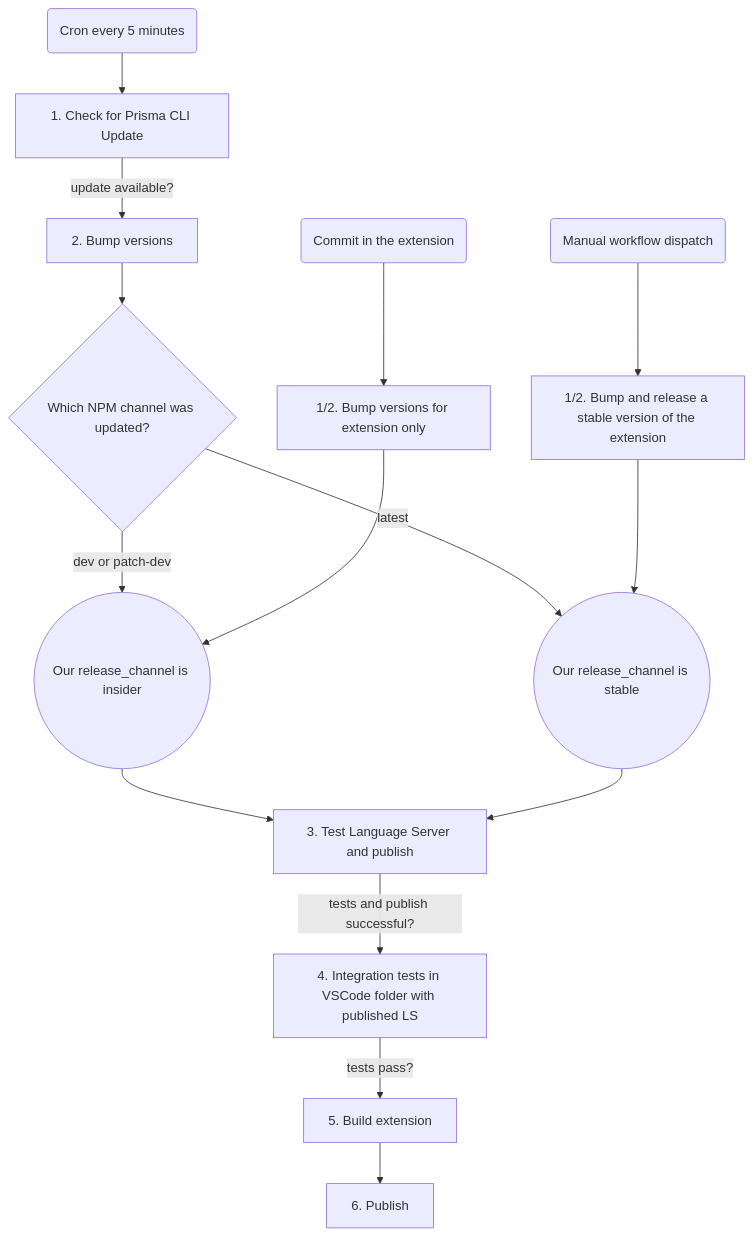
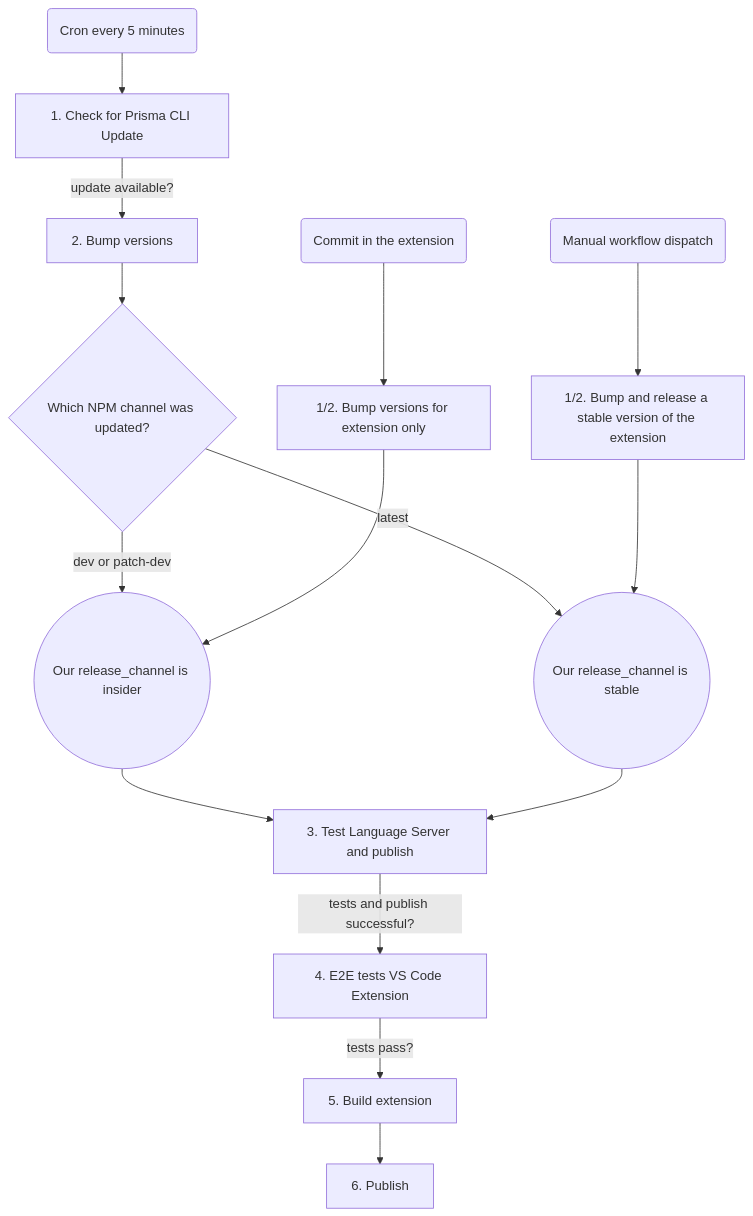
Before and after one commit to prisma/language-tools: the diagram in docs/ci-cd.md, drawn with Mermaid. The commit also changed 1 other file, not shown here.

Commit message:
ci: fix workflow name

````diff
--- a/docs/ci-cd.md
+++ b/docs/ci-cd.md
@@ -15,18 +15,18 @@
 ```mermaid
 graph TD
     A(Cron every 5 minutes) --> B[1. Check for Prisma CLI Update]
     B -->|update available?| C[2. Bump versions]
     C -->D{Which NPM channel was updated?}
     D -->|dev or patch-dev| E((Our release_channel is insider))
     D -->|latest| F((Our release_channel is stable))
     E --> G[3. Test Language Server and publish]
     F --> G
-    G -->|tests and publish successful?| I[4. Integration tests in VSCode folder with published LS]
+    G -->|tests and publish successful?| I[4. E2E tests VS Code Extension]
     I -->|tests pass?| J[5. Build extension]
     J --> K[6. Publish]
 
     L(Commit in the extension) --> M[1/2. Bump versions for extension only]
     M -->E
     N(Manual workflow dispatch) --> O[1/2. Bump and release a stable version of the extension]
     O -->F
 ```
````
